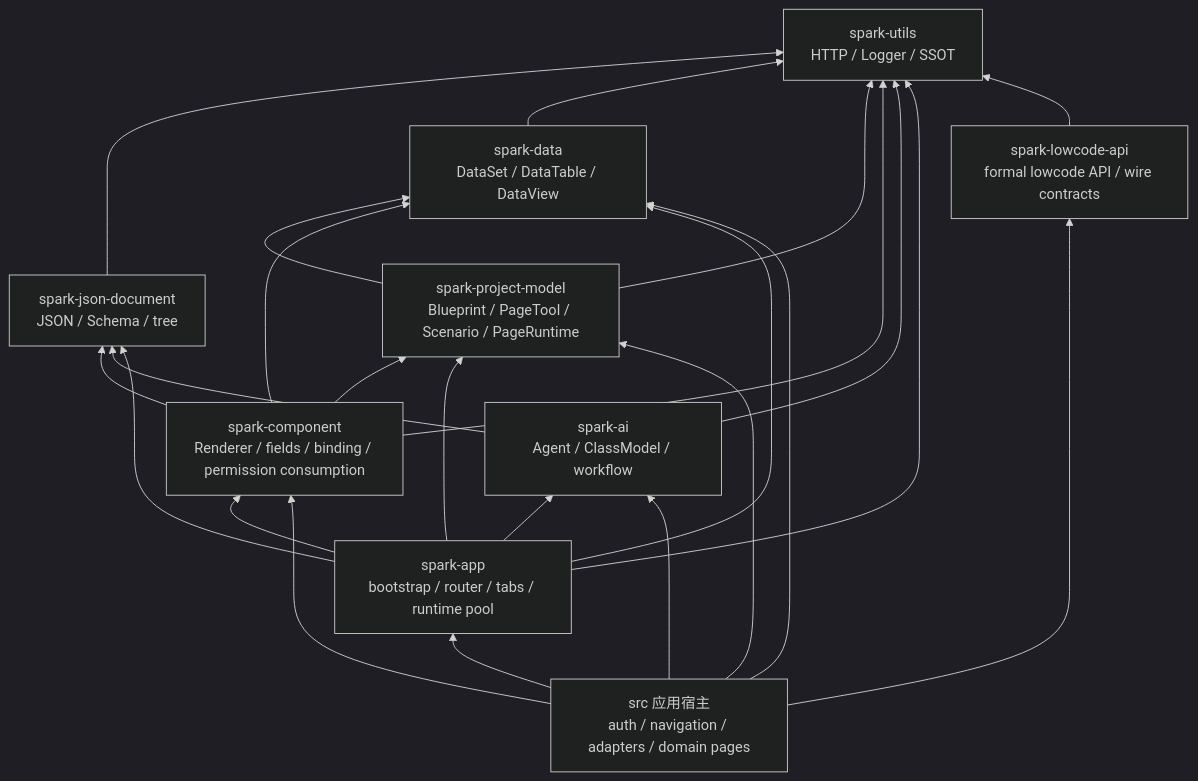
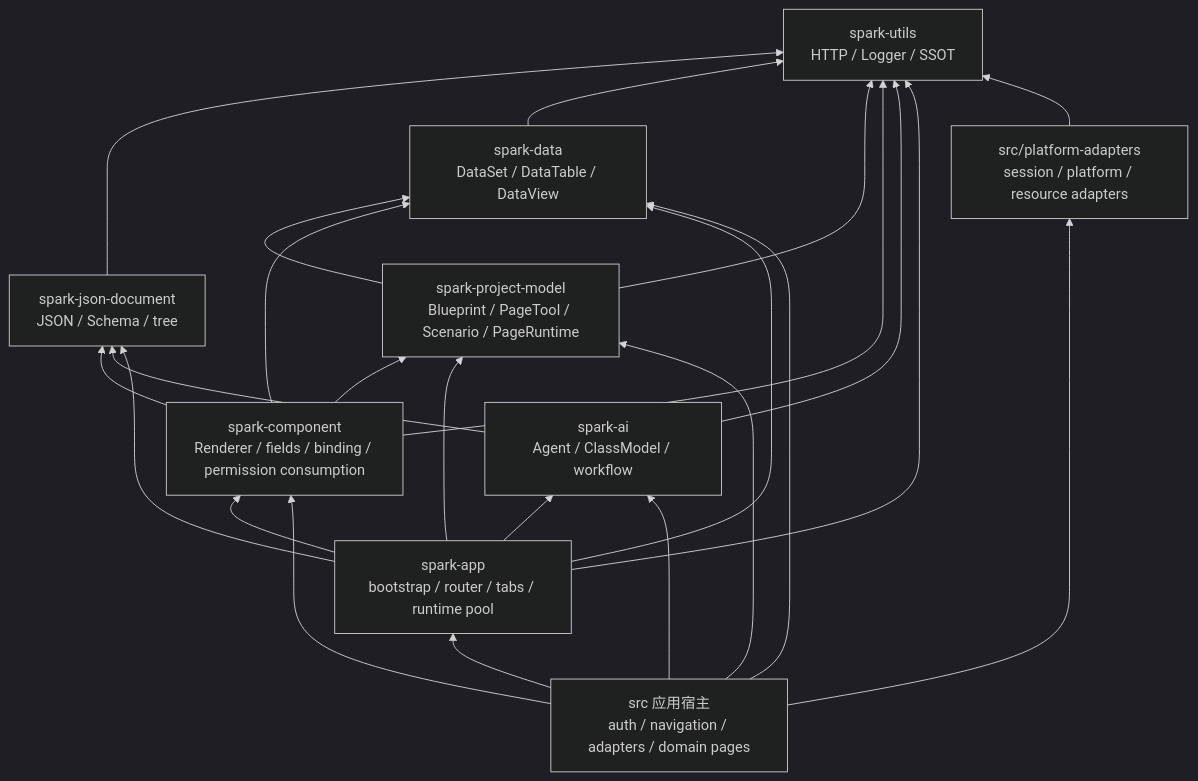
The first of 5 diagrams in docs/architecture/project-architecture-audit.md (LMSpark/APPWORKS), drawn with Mermaid (dark theme) before and after one commit. The commit also changed other lines of this file and 2048 other files, not shown here.

First line of the commit message:
refactor(spark-data): retire lowcode api package

````diff
--- a/docs/architecture/project-architecture-audit.md
+++ b/docs/architecture/project-architecture-audit.md
@@ -48,36 +48,36 @@
 ```mermaid
 flowchart BT
   utils["spark-utils<br/>HTTP / Logger / SSOT"]
   json["spark-json-document<br/>JSON / Schema / tree"]
   data["spark-data<br/>DataSet / DataTable / DataView"]
   pm["spark-project-model<br/>Blueprint / PageTool / Scenario / PageRuntime"]
   comp["spark-component<br/>Renderer / fields / binding / permission consumption"]
   app["spark-app<br/>bootstrap / router / tabs / runtime pool"]
-  lowapi["spark-lowcode-api<br/>formal lowcode API / wire contracts"]
+  platform["src/platform-adapters<br/>session / platform / resource adapters"]
   ai["spark-ai<br/>Agent / ClassModel / workflow"]
   host["src 应用宿主<br/>auth / navigation / adapters / domain pages"]
 
   json --> utils
   data --> utils
   pm --> data
   pm --> utils
   comp --> data
   comp --> json
   comp --> pm
   comp --> utils
   ai --> json
   ai --> utils
   app --> ai
   app --> comp
   app --> data
   app --> json
   app --> pm
   app --> utils
   host --> app
   host --> comp
   host --> data
   host --> pm
-  host --> lowapi
+  host --> platform
   host --> ai
-  lowapi --> utils
+  platform --> utils
 ```
````
